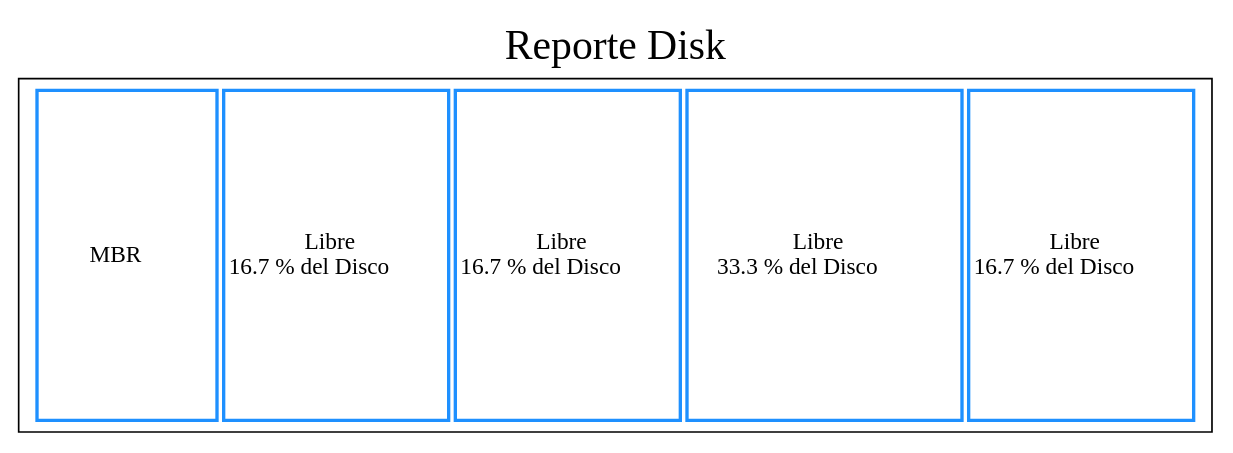
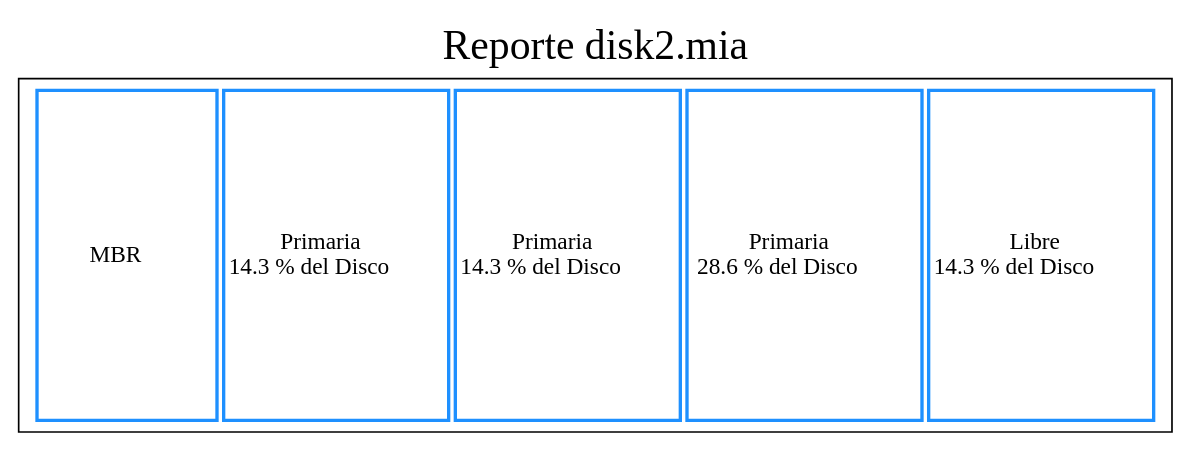
The diagram in Backend/reporte.dot (KINGR0X/MIA_2S_P1_202044192), drawn with Graphviz before and after one commit. The commit also changed 38 other files, not shown here.

```diff
--- a/Backend/reporte.dot
+++ b/Backend/reporte.dot
@@ -1,19 +1,19 @@
 digraph G{
 
-label= "Reporte Disk"
+label= "Reporte disk2.mia"
 labelloc="t"
 fontsize=25  tbl [
     shape=box
     label=<
      <table border='0' cellborder='2' width='600' height='150' color='dodgerblue1'>
      <tr>
      <td height='150' width='110'> MBR </td>
-     <td height='200' width='83.3'>Libre<br/> 16.7 % del Disco </td>
-     <td height='200' width='83.3'>Libre<br/> 16.7 % del Disco </td>
-     <td height='200' width='167'>Libre<br/> 33.3 % del Disco </td>
-     <td height='200' width='83.3'>Libre<br/> 16.7 % del Disco </td>
+     <td height='200' width='71.4'>Primaria <br/> 14.3 % del Disco </td>
+     <td height='200' width='71.4'>Primaria <br/> 14.3 % del Disco </td>
+     <td height='200' width='143'>Primaria <br/> 28.6 % del Disco </td>
+     <td height='200' width='71.4'>Libre<br/> 14.3 % del Disco </td>
      </tr> 
      </table>        
 >];
 
 }
```
